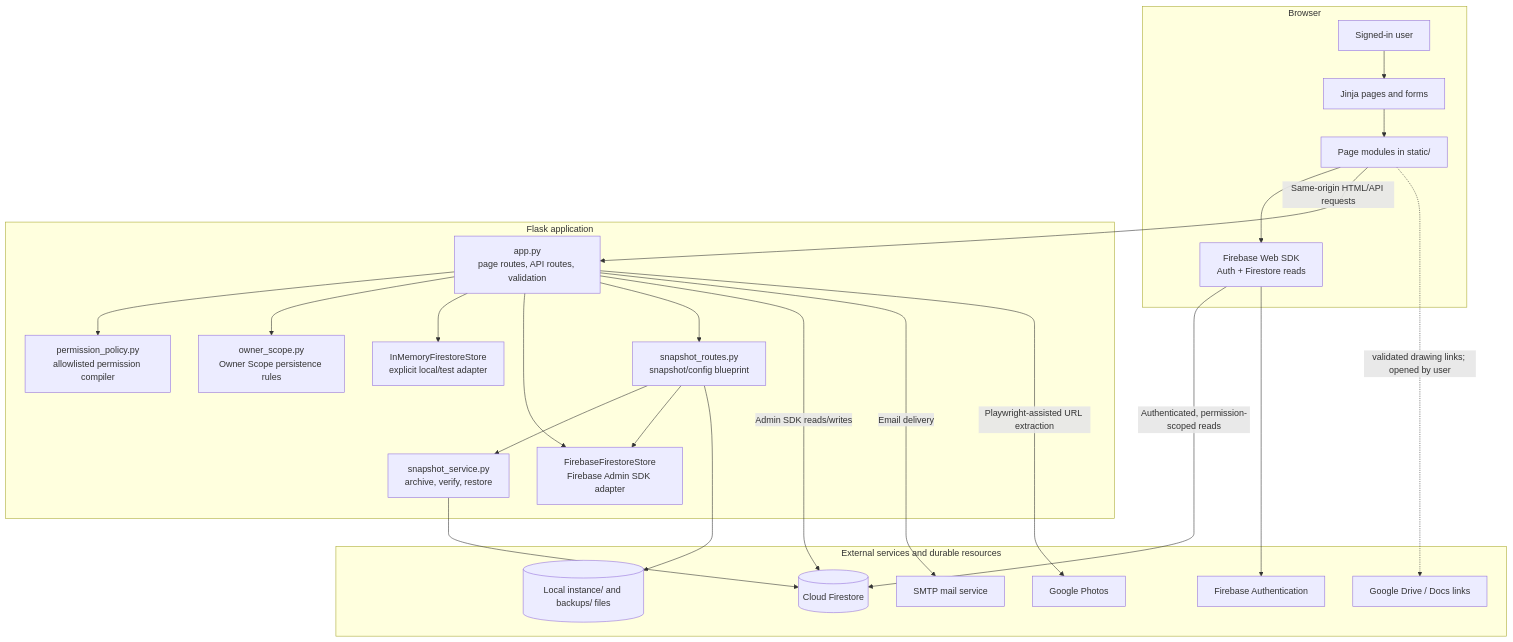
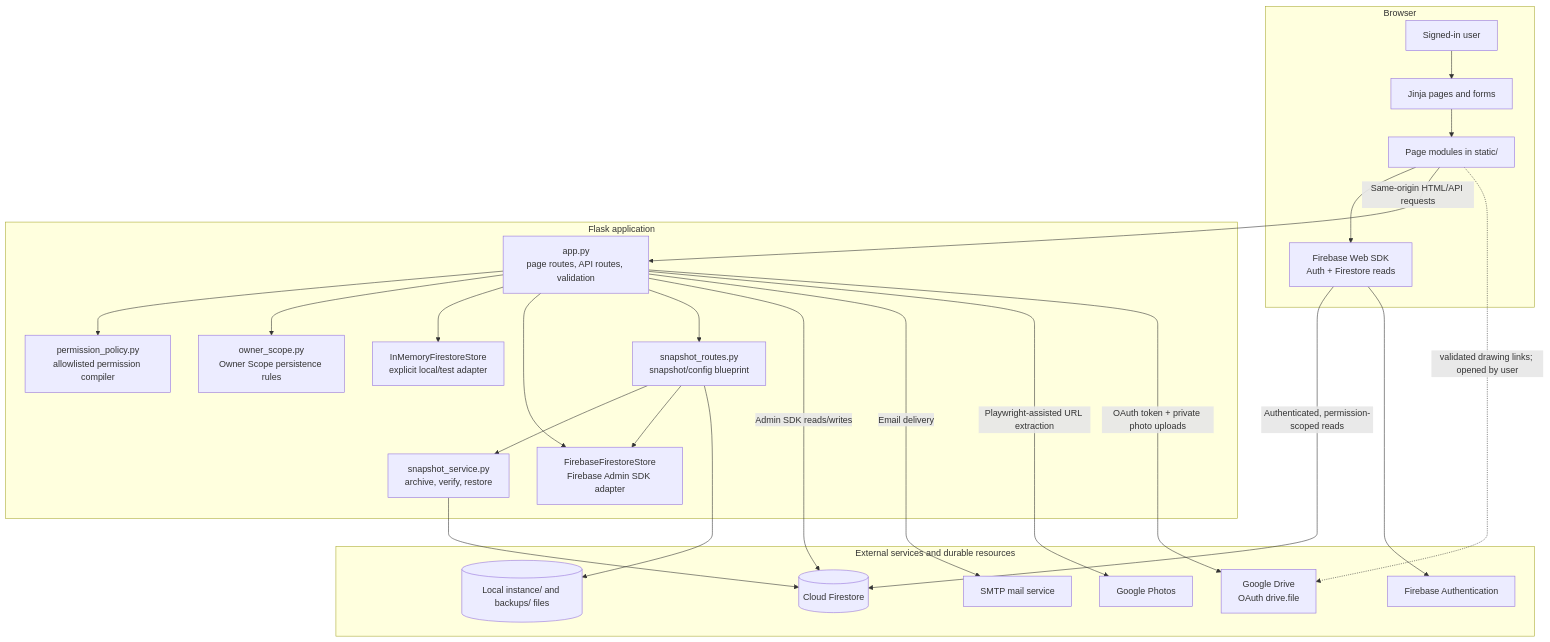
The first of 23 diagrams in ARCHITECTURE.md (mannatmoonland-ship-it/mannat), drawn with Mermaid before and after one commit. The commit also changed other lines of this file and 10 other files, not shown here.

````diff
--- a/ARCHITECTURE.md
+++ b/ARCHITECTURE.md
@@ -11,48 +11,49 @@
 ```mermaid
 flowchart TB
     subgraph Client["Browser"]
         User["Signed-in user"]
         Templates["Jinja pages and forms"]
         Modules["Page modules in static/"]
         FirebaseWeb["Firebase Web SDK<br/>Auth + Firestore reads"]
         User --> Templates
         Templates --> Modules
         Modules --> FirebaseWeb
     end
 
     subgraph Server["Flask application"]
         Flask["app.py<br/>page routes, API routes, validation"]
         SnapshotRoutes["snapshot_routes.py<br/>snapshot/config blueprint"]
         PermissionPolicy["permission_policy.py<br/>allowlisted permission compiler"]
         OwnerScope["owner_scope.py<br/>Owner Scope persistence rules"]
         SnapshotService["snapshot_service.py<br/>archive, verify, restore"]
         InMemory["InMemoryFirestoreStore<br/>explicit local/test adapter"]
         AdminStore["FirebaseFirestoreStore<br/>Firebase Admin SDK adapter"]
         Flask --> PermissionPolicy
         Flask --> OwnerScope
         Flask --> InMemory
         Flask --> AdminStore
         Flask --> SnapshotRoutes
         SnapshotRoutes --> SnapshotService
         SnapshotRoutes --> AdminStore
     end
 
     subgraph External["External services and durable resources"]
         Firestore[("Cloud Firestore")]
         FirebaseAuth["Firebase Authentication"]
         SMTP["SMTP mail service"]
         Photos["Google Photos"]
-        Drive["Google Drive / Docs links"]
+        Drive["Google Drive<br/>OAuth drive.file"]
         LocalFiles[("Local instance/ and backups/ files")]
     end
 
     Modules -->|"Same-origin HTML/API requests"| Flask
     FirebaseWeb -->|"Authenticated, permission-scoped reads"| Firestore
     FirebaseWeb --> FirebaseAuth
     Flask -->|"Admin SDK reads/writes"| Firestore
     Flask -->|"Email delivery"| SMTP
     Flask -->|"Playwright-assisted URL extraction"| Photos
+    Flask -->|"OAuth token + private photo uploads"| Drive
     Modules -. "validated drawing links; opened by user" .-> Drive
     SnapshotRoutes --> LocalFiles
     SnapshotService --> Firestore
 ```
````
